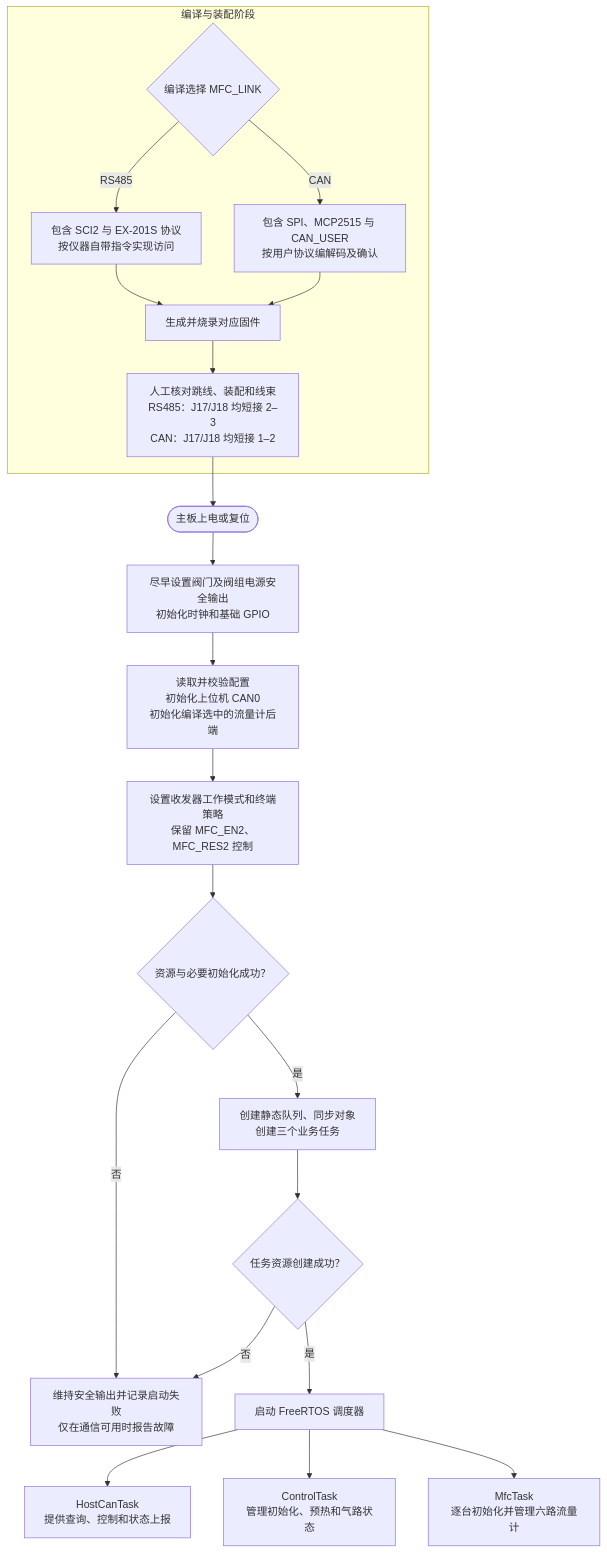
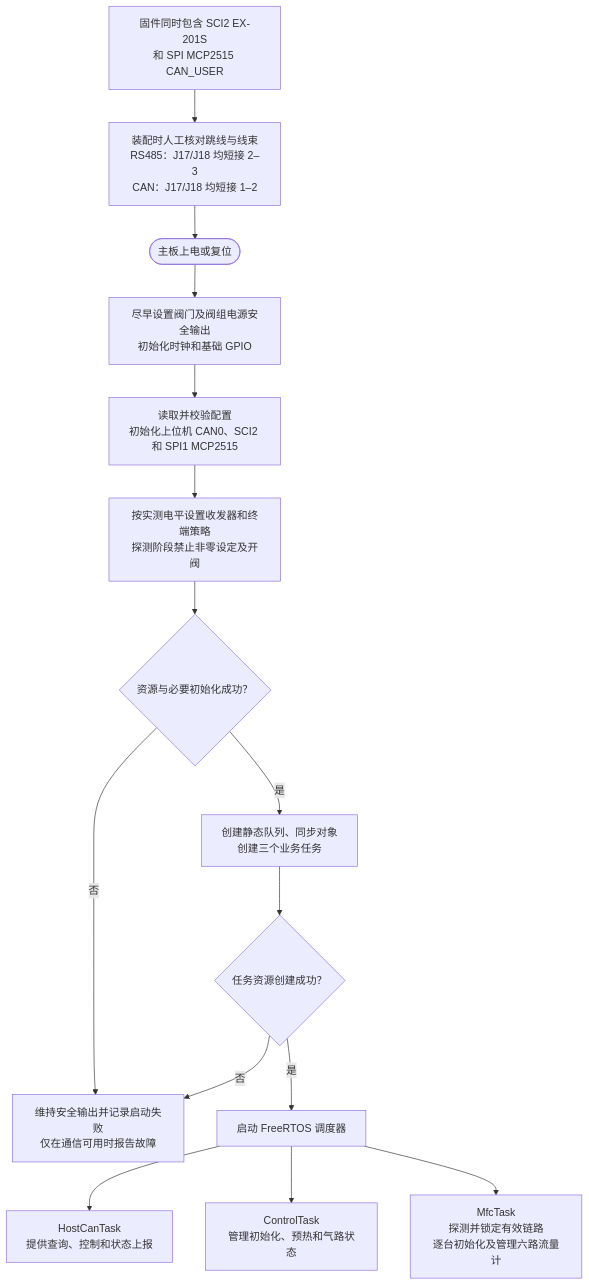
One commit to WIZYAN/gas-flowmeter-control changed the first of 8 diagrams in doc/Design Document/主板软件运行流程-FreeRTOS.md. Above: the diagram before and after it, drawn with Mermaid. The commit also changed other lines of this file and 6 other files, not shown here.

````diff
--- a/doc/Design Document/主板软件运行流程-FreeRTOS.md
+++ b/doc/Design Document/主板软件运行流程-FreeRTOS.md
@@ -15,25 +15,17 @@
 ```mermaid
 flowchart TD
-    subgraph BUILD[编译与装配阶段]
-        B0{编译选择 MFC_LINK}
-        B0 -->|RS485| B1[包含 SCI2 与 EX-201S 协议<br/>按仪器自带指令实现访问]
-        B0 -->|CAN| B2[包含 SPI、MCP2515 与 CAN_USER<br/>按用户协议编解码及确认]
-        B1 --> B3[生成并烧录对应固件]
-        B2 --> B3
-        B3 --> B4[人工核对跳线、装配和线束<br/>RS485：J17/J18 均短接 2–3<br/>CAN：J17/J18 均短接 1–2]
-    end
-
-    B4 --> S0([主板上电或复位])
+    B0[固件同时包含 SCI2 EX-201S<br/>和 SPI MCP2515 CAN_USER] --> B1[装配时人工核对跳线与线束<br/>RS485：J17/J18 均短接 2–3<br/>CAN：J17/J18 均短接 1–2]
+    B1 --> S0([主板上电或复位])
     S0 --> S1[尽早设置阀门及阀组电源安全输出<br/>初始化时钟和基础 GPIO]
-    S1 --> S2[读取并校验配置<br/>初始化上位机 CAN0<br/>初始化编译选中的流量计后端]
-    S2 --> S3[设置收发器工作模式和终端策略<br/>保留 MFC_EN2、MFC_RES2 控制]
+    S1 --> S2[读取并校验配置<br/>初始化上位机 CAN0、SCI2 和 SPI1 MCP2515]
+    S2 --> S3[按实测电平设置收发器和终端策略<br/>探测阶段禁止非零设定及开阀]
     S3 --> S4{资源与必要初始化成功？}
     S4 -->|否| SE[维持安全输出并记录启动失败<br/>仅在通信可用时报告故障]
     S4 -->|是| S5[创建静态队列、同步对象<br/>创建三个业务任务]
     S5 --> S6{任务资源创建成功？}
     S6 -->|否| SE
     S6 -->|是| S7[启动 FreeRTOS 调度器]
     S7 --> H[HostCanTask<br/>提供查询、控制和状态上报]
     S7 --> C[ControlTask<br/>管理初始化、预热和气路状态]
-    S7 --> M[MfcTask<br/>逐台初始化并管理六路流量计]
+    S7 --> M[MfcTask<br/>探测并锁定有效链路<br/>逐台初始化及管理六路流量计]
 ```
````
